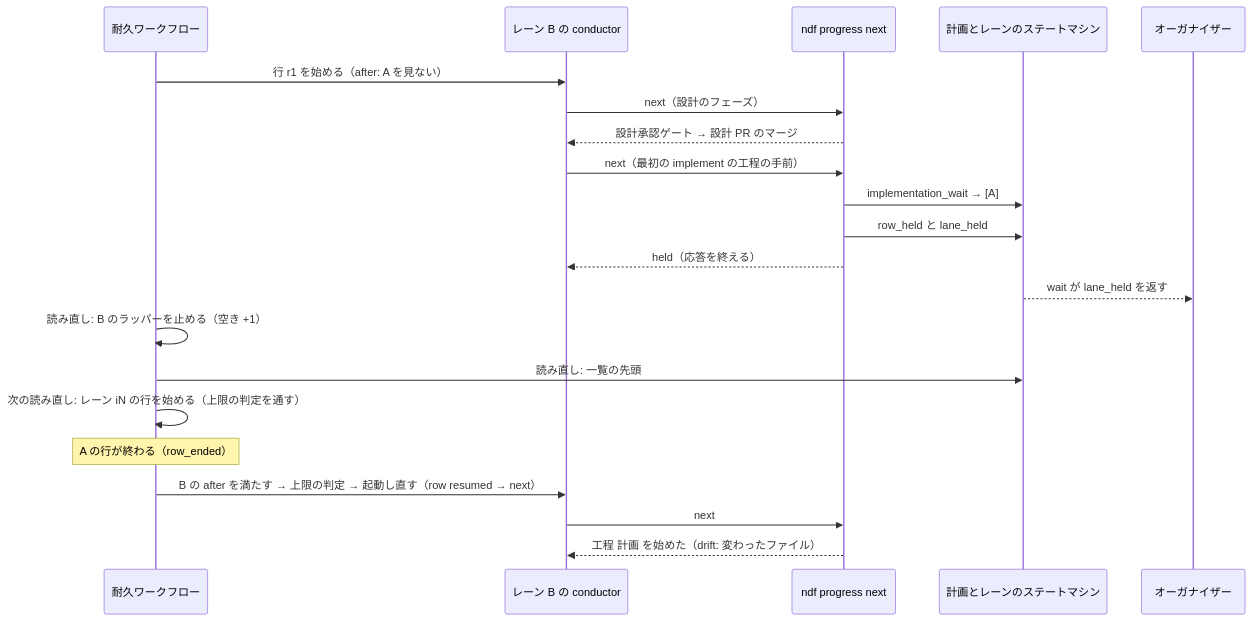
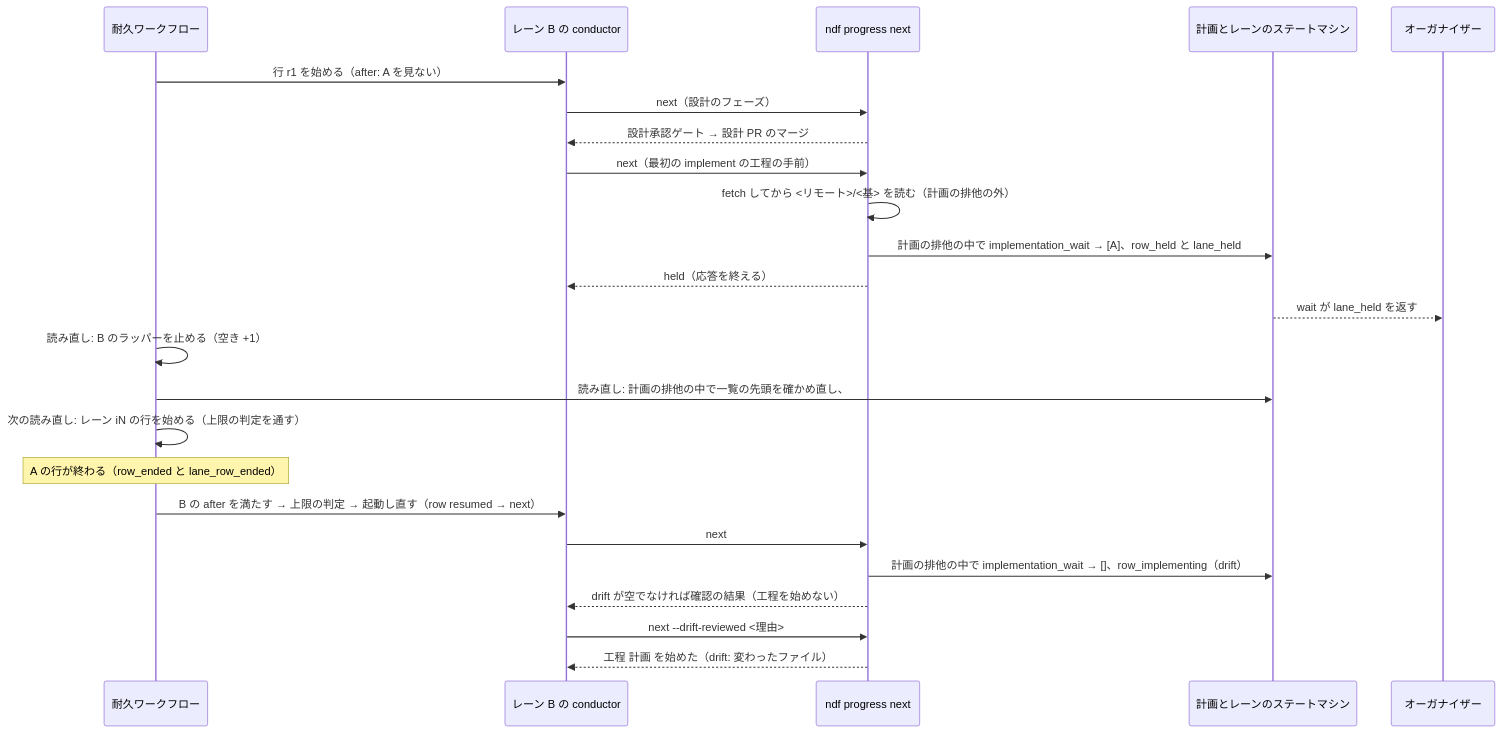
The third of 3 diagrams in issues/issue-4050-design.md (devbasex/ai-plugins), drawn with Mermaid before and after one commit. The commit also changed other lines of this file and 1 other file, not shown here.

````diff
--- a/issues/issue-4050-design.md
+++ b/issues/issue-4050-design.md
@@ -209,23 +237,26 @@
 ```mermaid
 sequenceDiagram
   participant WF as 耐久ワークフロー
   participant C as レーン B の conductor
   participant P as ndf progress next
   participant M as 計画とレーンのステートマシン
   participant O as オーガナイザー
   WF->>C: 行 r1 を始める（after: A を見ない）
   C->>P: next（設計のフェーズ）
   P-->>C: 設計承認ゲート → 設計 PR のマージ
   C->>P: next（最初の implement の工程の手前）
-  P->>M: implementation_wait → [A]
-  P->>M: row_held と lane_held
+  P->>P: fetch してから <リモート>/<基> を読む（計画の排他の外）
+  P->>M: 計画の排他の中で implementation_wait → [A]、row_held と lane_held
   P-->>C: held（応答を終える）
   M-->>O: wait が lane_held を返す
   WF->>WF: 読み直し: B のラッパーを止める（空き +1）
-  WF->>M: 読み直し: 一覧の先頭 #N を lane_added（workflow）
+  WF->>M: 読み直し: 計画の排他の中で一覧の先頭を確かめ直し、#N を lane_added（workflow）
   WF->>WF: 次の読み直し: レーン iN の行を始める（上限の判定を通す）
-  Note over WF: A の行が終わる（row_ended）
+  Note over WF: A の行が終わる（row_ended と lane_row_ended）
   WF->>C: B の after を満たす → 上限の判定 → 起動し直す（row resumed → next）
   C->>P: next
+  P->>M: 計画の排他の中で implementation_wait → []、row_implementing（drift）
+  P-->>C: drift が空でなければ確認の結果（工程を始めない）
+  C->>P: next --drift-reviewed <理由>
   P-->>C: 工程 計画 を始めた（drift: 変わったファイル）
 ```
````
